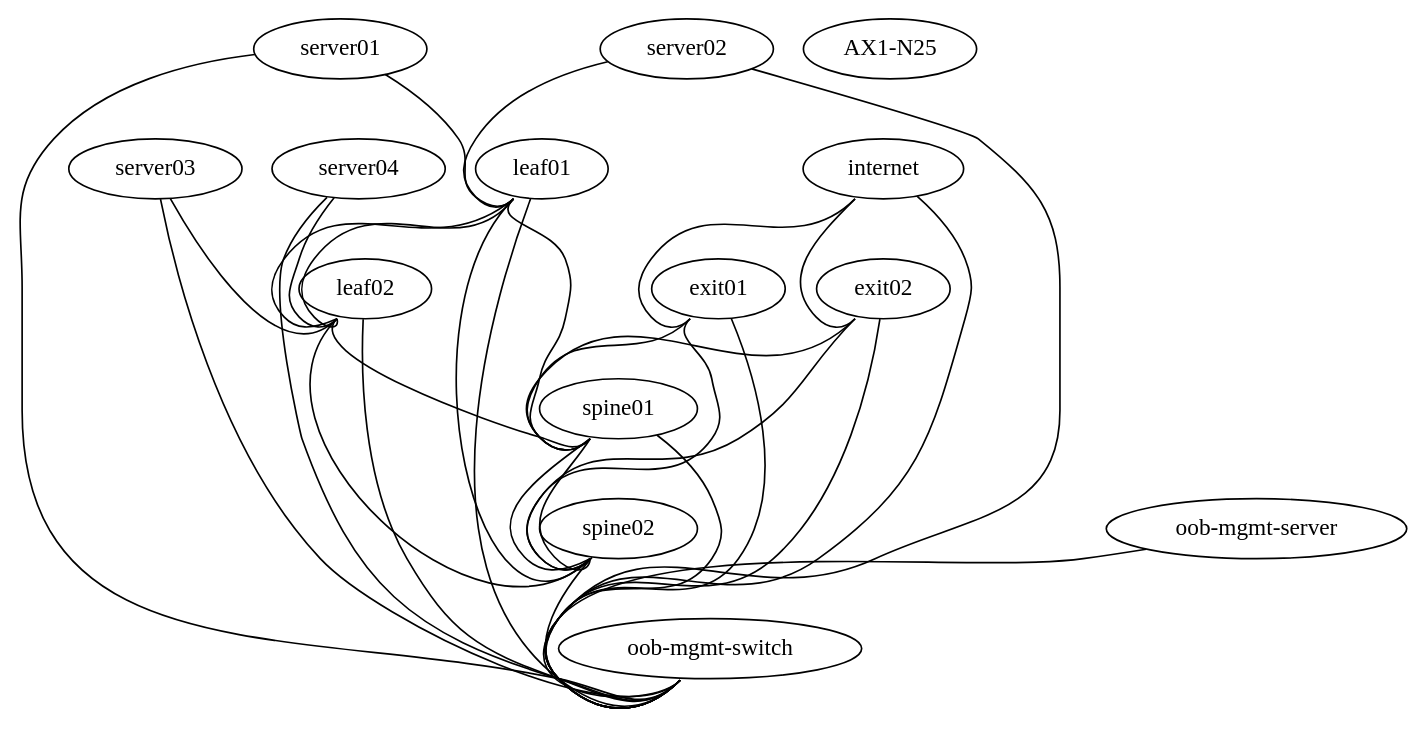
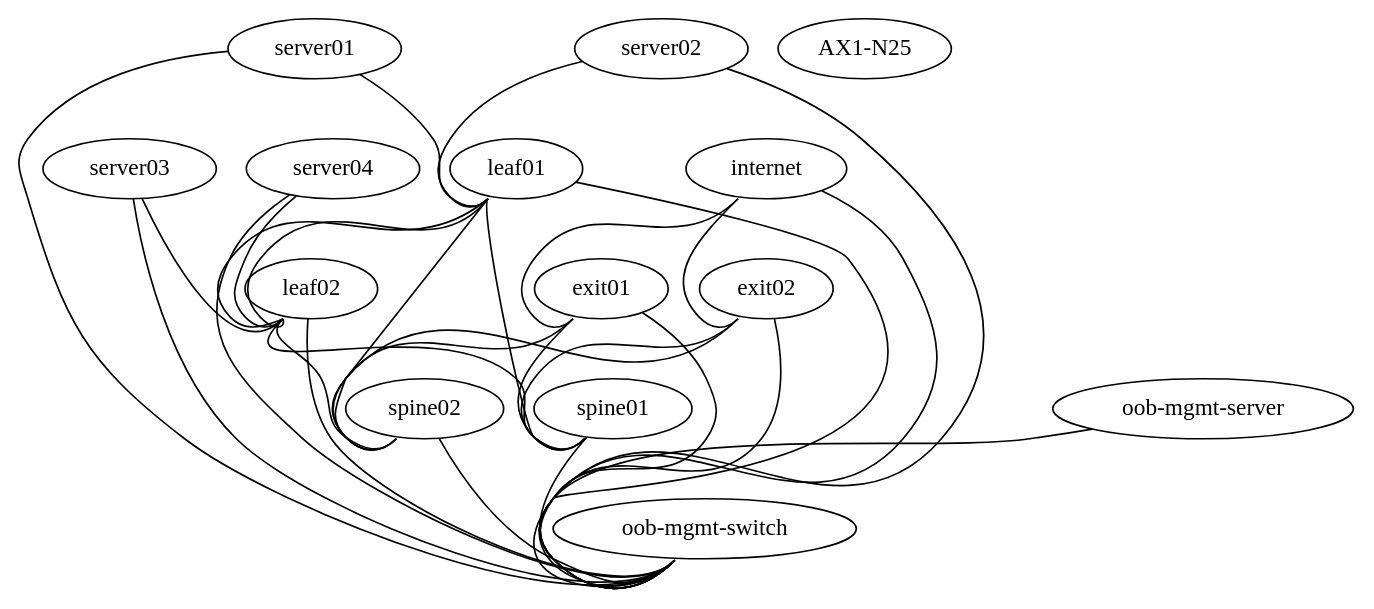
Before and after one commit to routemypacket/cumulus-lab: the diagram in sim-thg/topology.dot, drawn with Graphviz.

Commit message:
Update topology.dot removing inter-spine links

```diff
--- a/sim-thg/topology.dot
+++ b/sim-thg/topology.dot
@@ -1,53 +1,50 @@
 graph vx {
  "leaf01" [function="leaf" os="CumulusCommunity/cumulus-vx" version="3.6.2" memory="768" config="./helper_scripts/config_switch.sh" ]
  "leaf02" [function="leaf" os="CumulusCommunity/cumulus-vx" version="3.6.2" memory="768" config="./helper_scripts/config_switch.sh" ]
  "spine01" [function="spine" os="CumulusCommunity/cumulus-vx" version="3.6.2" memory="768" config="./helper_scripts/config_switch.sh" ]
  "spine02" [function="spine" os="CumulusCommunity/cumulus-vx" version="3.6.2" memory="768" config="./helper_scripts/config_switch.sh" ]
  "exit01" [function="exit" os="CumulusCommunity/cumulus-vx" version="3.6.2" memory="768" config="./helper_scripts/config_switch.sh" ]
  "exit02" [function="exit" os="CumulusCommunity/cumulus-vx" version="3.6.2" memory="768" config="./helper_scripts/config_switch.sh" ]
  "server01" [function="host" os="yk0/ubuntu-xenial" memory="512" config="./helper_scripts/config_server.sh" ]
  "server02" [function="host" os="yk0/ubuntu-xenial" memory="512" config="./helper_scripts/config_server.sh" ]
  "server03" [function="host" os="yk0/ubuntu-xenial" memory="512" config="./helper_scripts/config_server.sh" ]
  "server04" [function="host" os="yk0/ubuntu-xenial" memory="512" config="./helper_scripts/config_server.sh" ]
  "internet" [function="internet" vagrant="swp48" os="CumulusCommunity/cumulus-vx" version="3.6.2" memory="768" config="./helper_scripts/config_internet.sh" ]
  "AX1-N25" [function="oob-switch" vagrant="eth0" os="CumulusCommunity/cumulus-vx" version="3.6.2" memory="768" config="./helper_scripts/config_oob_switch.sh" ]
  "oob-mgmt-server" [function="oob-server" vagrant="eth0" os="CumulusCommunity/vx_oob_server" version="1.0.4" memory="1024" config="./helper_scripts/config_oob_server.sh" ]
 
  "leaf01":"swp15" -- "spine01":"swp1"
  "leaf02":"swp15" -- "spine01":"swp2"
  "leaf01":"swp16" -- "spine02":"swp1"
  "leaf02":"swp16" -- "spine02":"swp2"
 
  "leaf01":"swp13" -- "leaf02":"swp13"
  "leaf01":"swp14" -- "leaf02":"swp14"
-
- "spine01":"swp15" -- "spine02":"swp15"
- "spine01":"swp16" -- "spine02":"swp16"
 
  "server01":"eth1" -- "leaf01":"swp1" [left_mac="00:03:00:11:11:01"]
  "server02":"eth1" -- "leaf01":"swp2" [left_mac="00:03:00:22:22:01"]
  "server03":"eth1" -- "leaf02":"swp1" [left_mac="00:03:00:33:33:01"]
  "server04":"eth1" -- "leaf02":"swp2" [left_mac="00:03:00:44:44:01"]
 
  "exit01":"swp15" -- "spine01":"swp3"
  "exit01":"swp16" -- "spine02":"swp3"
  "exit02":"swp15" -- "spine01":"swp4"
  "exit02":"swp16" -- "spine02":"swp4"
 
 
  "internet":"swp1" -- "exit01":"swp1"
  "internet":"swp2" -- "exit02":"swp1"
 
  "oob-mgmt-server":"eth1" -- "oob-mgmt-switch":"swp1" [right_mac="a0:00:00:00:00:61"]
  "server01":"eth0" -- "oob-mgmt-switch":"swp2" [left_mac="a0:00:00:00:00:31"]
  "server02":"eth0" -- "oob-mgmt-switch":"swp3" [left_mac="a0:00:00:00:00:32"]
  "server03":"eth0" -- "oob-mgmt-switch":"swp4" [left_mac="a0:00:00:00:00:33"]
  "server04":"eth0" -- "oob-mgmt-switch":"swp5" [left_mac="a0:00:00:00:00:34"]
  "leaf01":"eth0" -- "oob-mgmt-switch":"swp6" [left_mac="a0:00:00:00:00:11"]
  "leaf02":"eth0" -- "oob-mgmt-switch":"swp7" [left_mac="a0:00:00:00:00:12"]
  "spine01":"eth0" -- "oob-mgmt-switch":"swp10" [left_mac="a0:00:00:00:00:21"]
  "spine02":"eth0" -- "oob-mgmt-switch":"swp11" [left_mac="a0:00:00:00:00:22"]
  "exit01":"eth0" -- "oob-mgmt-switch":"swp12" [left_mac="a0:00:00:00:00:41"]
  "exit02":"eth0" -- "oob-mgmt-switch":"swp13" [left_mac="a0:00:00:00:00:42"]
  "internet":"eth0" -- "oob-mgmt-switch":"swp15" [left_mac="a0:00:00:00:00:50"]
 }
```
